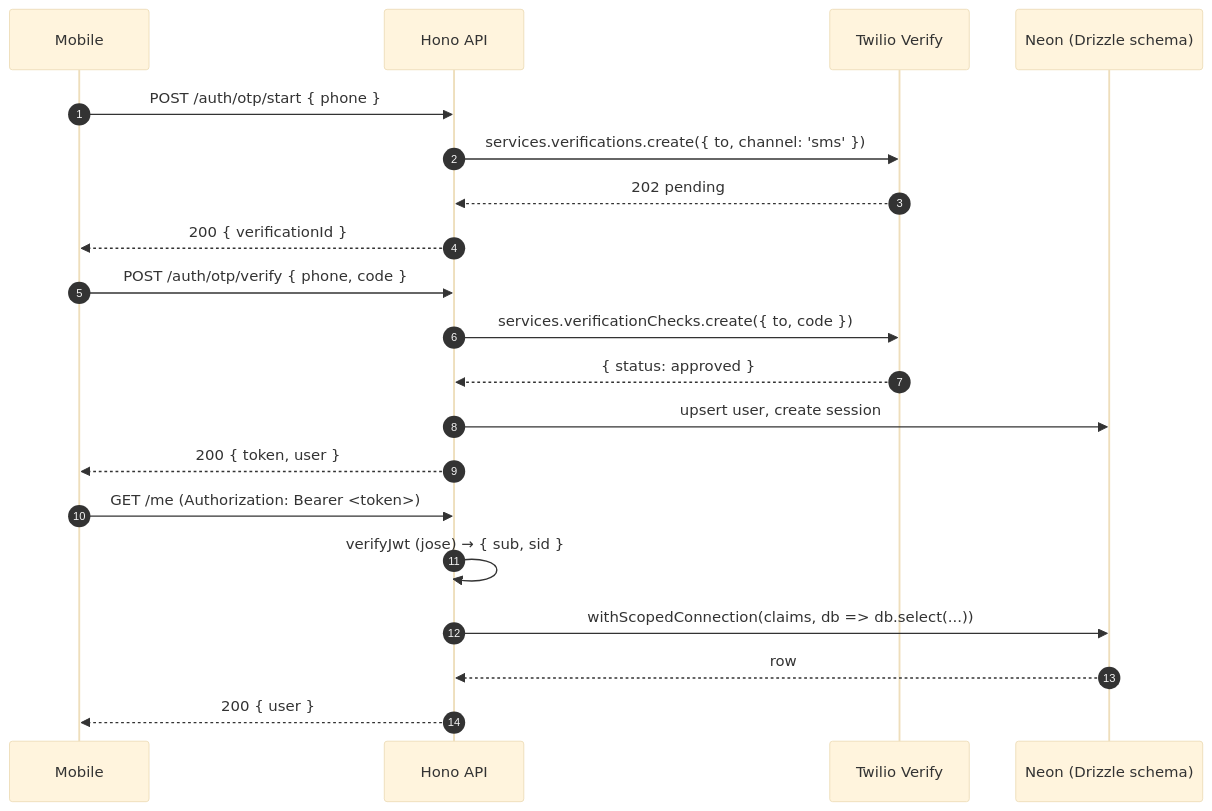
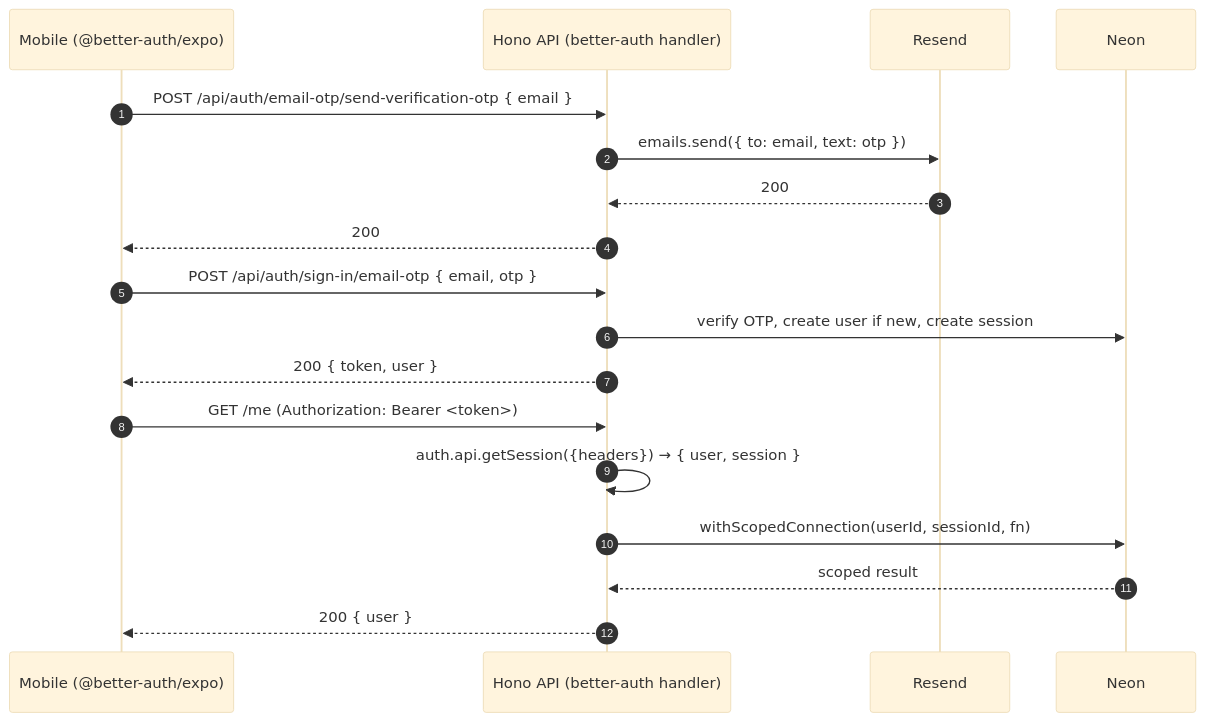
One commit to patrickchin/harpa-pro changed the diagram in docs/v4/arch-auth-and-rls.md. Above: the diagram before and after it, drawn with Mermaid (base theme). The commit also changed other lines of this file and 2 other files, not shown here.

First line of the commit message:
docs(auth): design spec for better-auth migration (rip-and-replace)

````diff
--- a/docs/v4/arch-auth-and-rls.md
+++ b/docs/v4/arch-auth-and-rls.md
@@ -32,25 +22,23 @@
 ```mermaid
 sequenceDiagram
   autonumber
-  participant App as Mobile
-  participant API as Hono API
-  participant T as Twilio Verify
-  participant DB as Neon (Drizzle schema)
+  participant App as Mobile (@better-auth/expo)
+  participant API as Hono API (better-auth handler)
+  participant R as Resend
+  participant DB as Neon
 
-  App->>API: POST /auth/otp/start { phone }
-  API->>T: services.verifications.create({ to, channel: 'sms' })
-  T-->>API: 202 pending
-  API-->>App: 200 { verificationId }
+  App->>API: POST /api/auth/email-otp/send-verification-otp { email }
+  API->>R: emails.send({ to: email, text: otp })
+  R-->>API: 200
+  API-->>App: 200
 
-  App->>API: POST /auth/otp/verify { phone, code }
-  API->>T: services.verificationChecks.create({ to, code })
-  T-->>API: { status: approved }
-  API->>DB: upsert user, create session
+  App->>API: POST /api/auth/sign-in/email-otp { email, otp }
+  API->>DB: verify OTP, create user if new, create session
   API-->>App: 200 { token, user }
 
   App->>API: GET /me  (Authorization: Bearer <token>)
-  API->>API: verifyJwt (jose) → { sub, sid }
-  API->>DB: withScopedConnection(claims, db => db.select(...))
-  DB-->>API: row
+  API->>API: auth.api.getSession({headers}) → { user, session }
+  API->>DB: withScopedConnection(userId, sessionId, fn)
+  DB-->>API: scoped result
   API-->>App: 200 { user }
 ```
````
